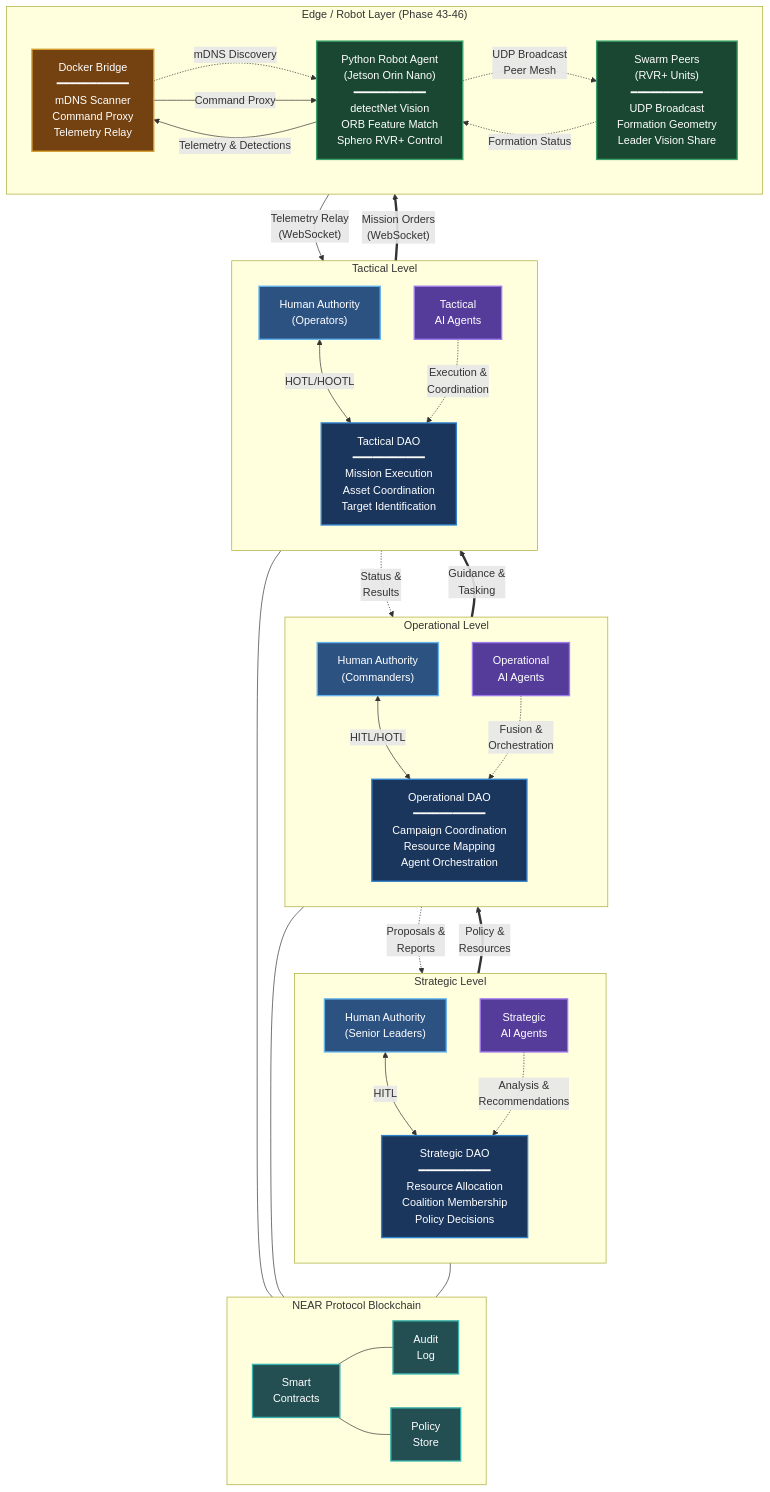
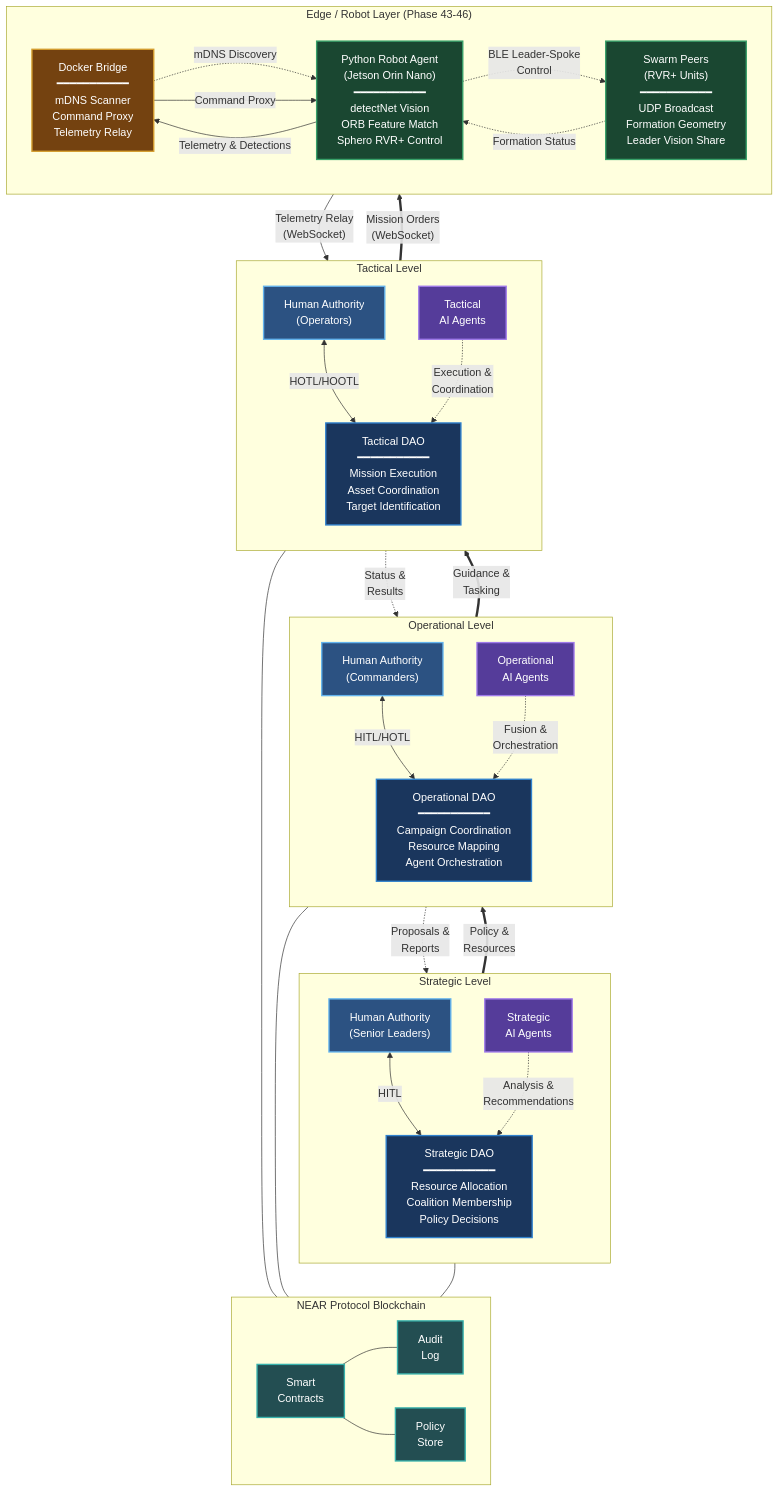
The diagram in docs/whitepaper/figures/system-architecture.md (VitalPointAI/Bastion), drawn with Mermaid before and after one commit. The commit also changed other lines of this file and 13 other files, not shown here.

```diff
--- a/docs/whitepaper/figures/system-architecture.md
+++ b/docs/whitepaper/figures/system-architecture.md
@@ -70,7 +70,7 @@
     DB -->|"Command Proxy"| RA
     RA -->|"Telemetry & Detections"| DB
     DB -->|"Telemetry Relay<br/>(WebSocket)"| TDAO
-    RA -.->|"UDP Broadcast<br/>Peer Mesh"| SW
+    RA -.->|"BLE Leader-Spoke<br/>Control"| SW
     SW -.->|"Formation Status"| RA
 
     %% Styling
```
